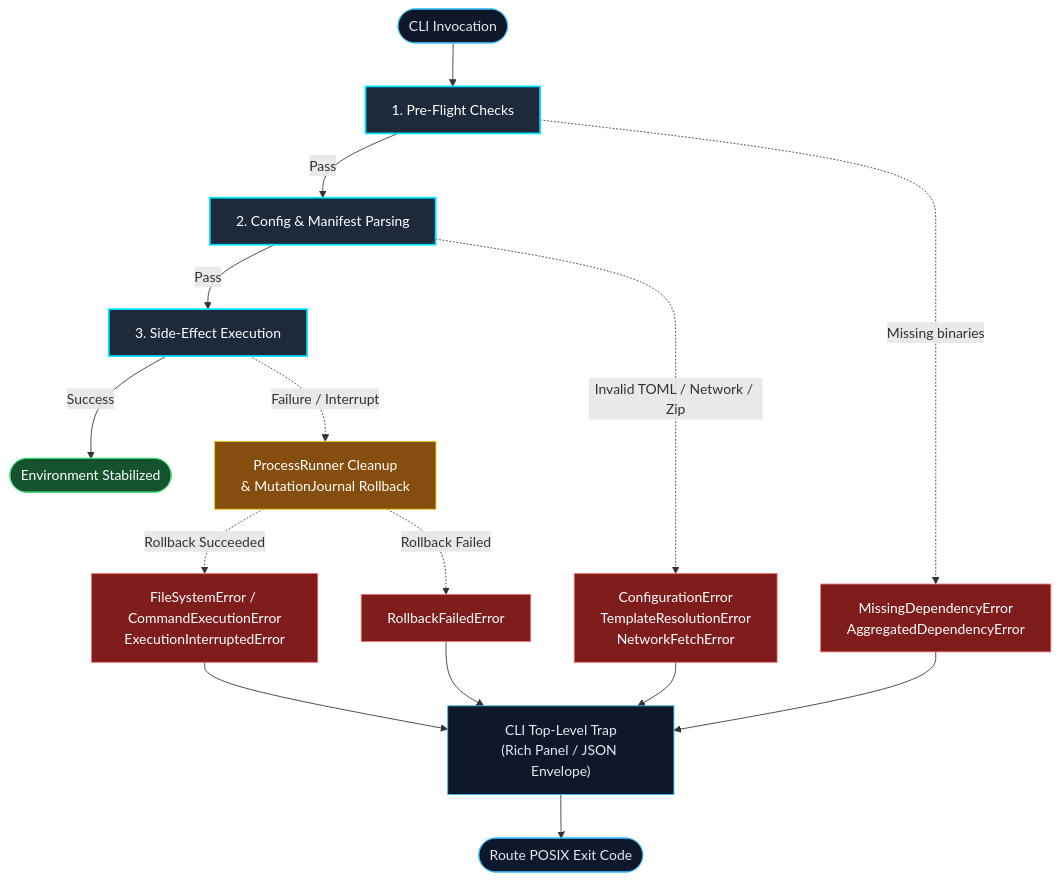
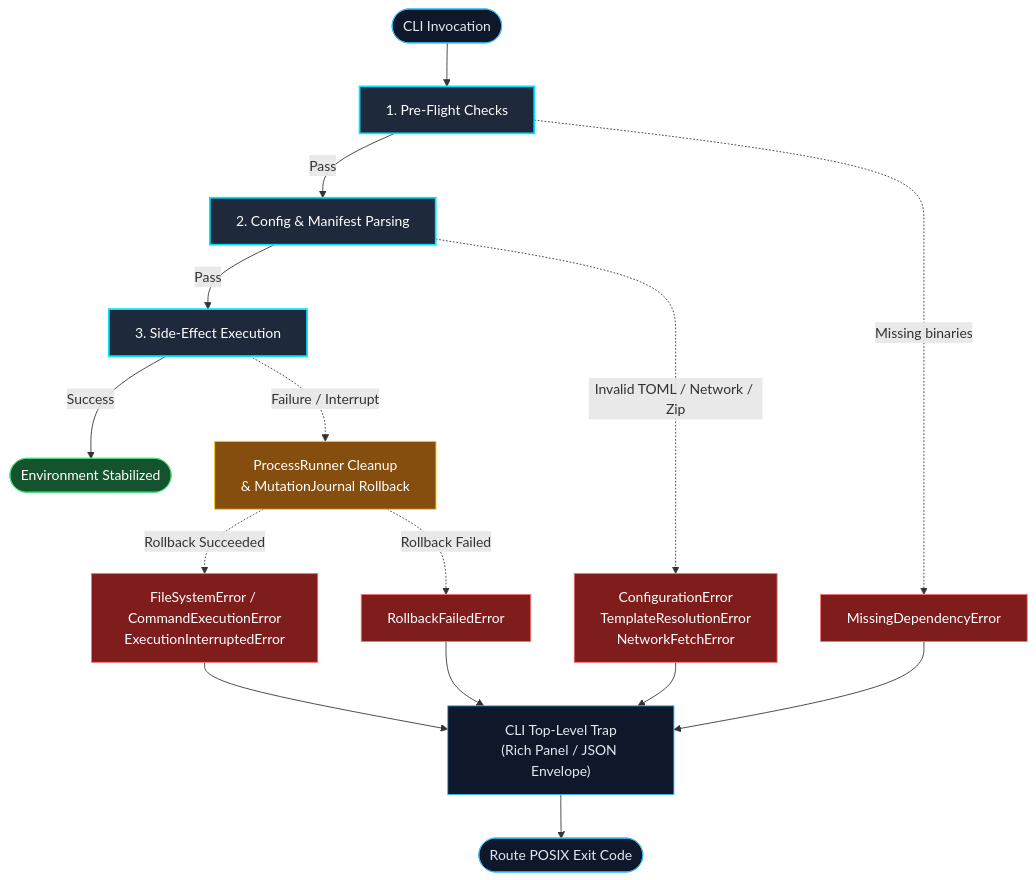
One commit to JacksonFergusonDev/protostar changed the diagram in docs/mechanics/error_handling.md. Above: the diagram before and after it, drawn with Mermaid. The commit also changed other lines of this file and 46 other files, not shown here.

````diff
--- a/docs/mechanics/error_handling.md
+++ b/docs/mechanics/error_handling.md
@@ -31,23 +31,23 @@
 ```mermaid
 flowchart TD
     classDef phase fill:#1e293b,stroke:#00e5ff,stroke-width:2px,color:#fff;
     classDef error fill:#7f1d1d,stroke:#f87171,stroke-width:1px,color:#fff;
     classDef core fill:#0f172a,stroke:#38bdf8,stroke-width:1px,color:#e2e8f0;
     classDef success fill:#14532d,stroke:#4ade80,stroke-width:1px,color:#fff;
     classDef rollback fill:#854d0e,stroke:#facc15,stroke-width:1px,color:#fff;
 
     Start([CLI Invocation]):::core --> P1["1. Pre-Flight Checks"]:::phase
     P1 -->|Pass| P2["2. Config & Manifest Parsing"]:::phase
     P2 -->|Pass| P3["3. Side-Effect Execution"]:::phase
     P3 -->|Success| End([Environment Stabilized]):::success
 
-    P1 -.->|Missing binaries| E1["MissingDependencyError<br/>AggregatedDependencyError"]:::error
+    P1 -.->|Missing binaries| E1["MissingDependencyError"]:::error
     P2 -.->|Invalid TOML / Network / Zip| E2["ConfigurationError<br/>TemplateResolutionError<br/>NetworkFetchError"]:::error
     P3 -.->|Failure / Interrupt| RB["ProcessRunner Cleanup<br/>& MutationJournal Rollback"]:::rollback
 
     RB -.->|Rollback Succeeded| E3["FileSystemError / CommandExecutionError<br/>ExecutionInterruptedError"]:::error
     RB -.->|Rollback Failed| E4["RollbackFailedError"]:::error
 
     E1 & E2 & E3 & E4 --> Trap["CLI Top-Level Trap<br/>(Rich Panel / JSON Envelope)"]:::core
     Trap --> Exit([Route POSIX Exit Code]):::core
 ```
````
